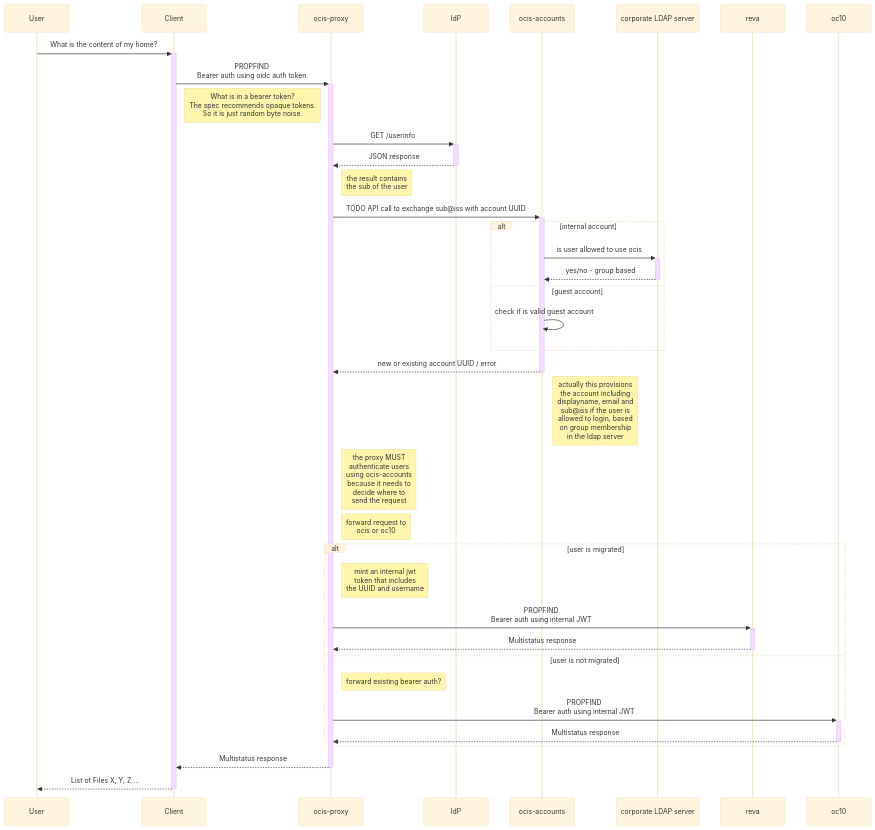
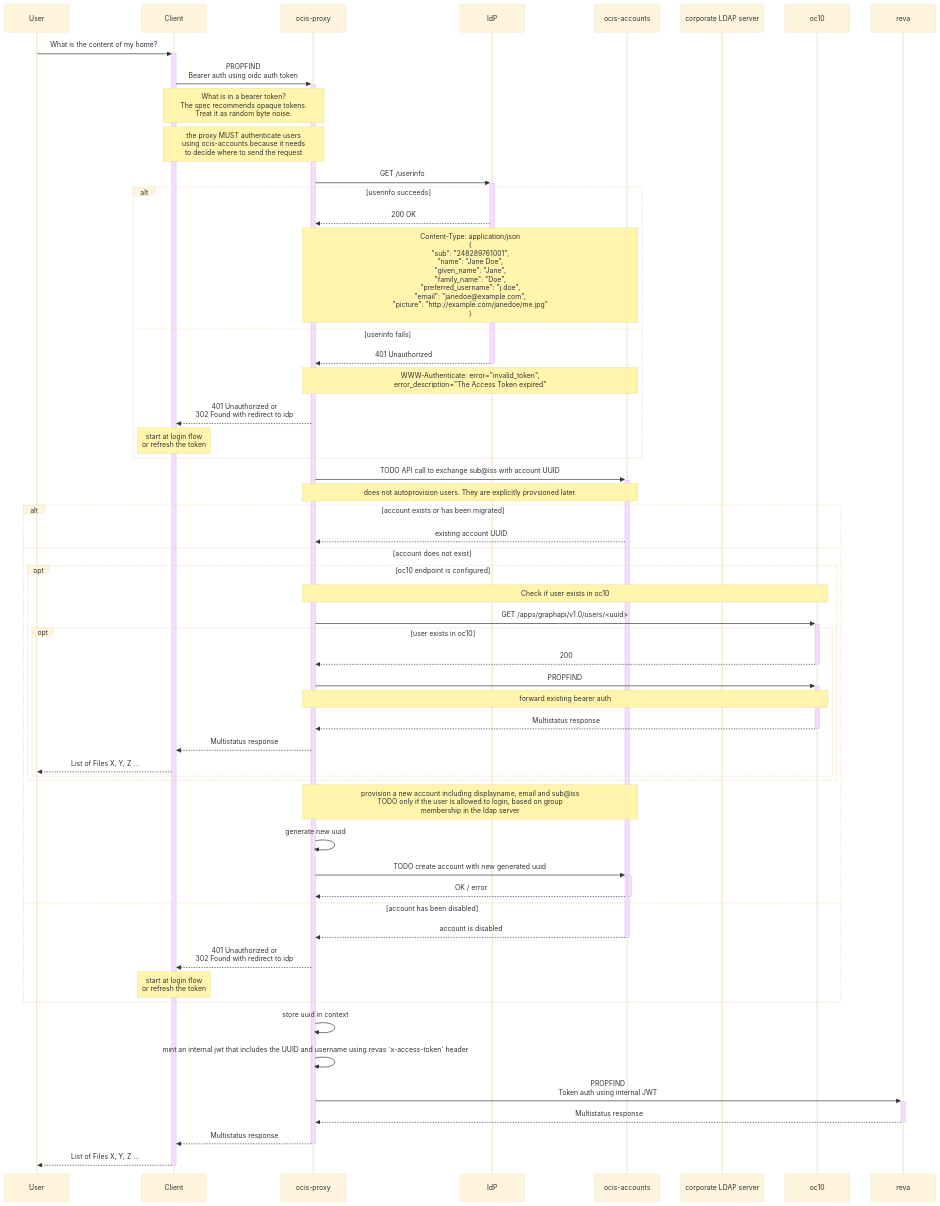
One commit to owncloud/ocis changed the diagram in docs/request-flow.md. Above: the diagram before and after it, drawn with Mermaid (base theme). The commit also changed other lines of this file, not shown here.

Commit message:
update request flow

```diff
--- a/docs/request-flow.md
+++ b/docs/request-flow.md
@@ -15,62 +15,82 @@
 {{< mermaid class="text-center">}}
 sequenceDiagram
     %% we have comments!! \o/
     participant user as User
     participant client as Client
     participant proxy as ocis-proxy
     participant idp as IdP
     participant accounts as ocis-accounts
     participant ldap as corporate LDAP server
 
     user->>+client: What is the content of my home?
 
         client->>+proxy: PROPFIND <br> Bearer auth using oidc auth token
-        Note right of client: What is in a bearer token? <br> The spec recommends opaque tokens. <br> So it is just random byte noise.
+        Note over client,proxy: What is in a bearer token? <br> The spec recommends opaque tokens. <br> Treat it as random byte noise.
+        Note over client,proxy: the proxy MUST authenticate users <br> using ocis-accounts because it needs <br> to decide where to send the request
         %% Mention introspection endpoint for opaque tokens
         %% konnectd uses jwt, so we can save a request
         %% either way the token can be used to look up the sub and iss of the user
 
             %% or is token check enough?
             proxy->>+idp: GET /userinfo
-            idp-->>-proxy: JSON response
-            Note right of proxy: the result contains <br> the sub of the user
-            %% see: https://openid.net/specs/openid-connect-core-1_0.html#UserInfoResponse
+            alt userinfo succeeds
 
-            proxy->>+accounts: TODO API call to exchange sub@iss with account UUID
+                idp-->>proxy:  200 OK
+                Note over proxy,accounts: Content-Type: application/json<br>{<br>"sub": "248289761001",<br>"name": "Jane Doe",<br>"given_name": "Jane",<br>"family_name": "Doe",<br>"preferred_username": "j.doe",<br>"email": "janedoe@example.com",<br>"picture": "http://example.com/janedoe/me.jpg"<br>}
+                %% see: https://openid.net/specs/openid-connect-core-1_0.html#UserInfoResponse
 
-                alt internal account
-                    accounts->>+ldap: is user allowed to use ocis
-                    ldap-->>-accounts: yes/no - group based
-                else guest account
-                    accounts->>accounts: check if is valid guest account
-                end
+            else userinfo fails
 
+                idp-->>-proxy: 401 Unauthorized
+                Note over proxy,accounts: WWW-Authenticate: error="invalid_token",<br>error_description="The Access Token expired"
 
-            accounts-->>-proxy: new or existing account UUID / error
-            Note right of accounts: actually this provisions <br> the account including <br> displayname, email and <br> sub@iss if the user is <br> allowed to login, based <br> on group membership <br> in the ldap server
-
-
-            Note right of proxy: the proxy MUST <br> authenticate users <br> using ocis-accounts <br> because it needs to <br> decide where to <br> send the request
-
-            Note right of proxy: forward request to <br> ocis or oc10
-            %% what if oc10 does not support a certain request / API
-            alt user is migrated
-
-                Note right of proxy: mint an internal jwt <br> token that includes <br> the UUID and username
-                proxy->>+reva: PROPFIND <br> Bearer auth using internal JWT
-                reva-->>-proxy: Multistatus response
-
-            else user is not migrated
-
-                Note right of proxy: forward existing bearer auth?
-                proxy->>+oc10: PROPFIND <br> Bearer auth using internal JWT
-                %% TODO auth using internal token?
-                oc10-->>-proxy: Multistatus response
+        proxy-->>client: 401 Unauthorized or <br>302 Found with redirect to idp
+        Note over client: start at login flow<br> or refresh the token
 
             end
 
+            proxy->>+accounts: TODO API call to exchange sub@iss with account UUID
+            Note over proxy,accounts: does not autoprovision users. They are explicitly provsioned later.
 
+            alt account exists or has been migrated
+
+                accounts-->>proxy: existing account UUID
+            else account does not exist
+
+                opt oc10 endpoint is configured
+                Note over proxy,oc10: Check if user exists in oc10
+                    proxy->>+oc10: GET /apps/graphapi/v1.0/users/<uuid>
+                    opt user exists in oc10
+                        oc10-->>-proxy: 200
+                        %% TODO auth using internal token
+                        proxy->>+oc10: PROPFIND
+                        Note over proxy,oc10: forward existing bearer auth
+                        oc10-->>-proxy: Multistatus response
+            proxy-->>client: Multistatus response
+    client-->>user: List of Files X, Y, Z ...
+                    end
+                end
+
+                Note over proxy,accounts: provision a new account including displayname, email and sub@iss <br> TODO only if the user is allowed to login, based on group <br> membership in the ldap server
+                proxy->>proxy: generate new uuid
+                proxy->>+accounts: TODO create account with new generated uuid
+                accounts-->>-proxy: OK / error
+
+            else account has been disabled
+
+                accounts-->>-proxy: account is disabled
+        proxy-->>client: 401 Unauthorized or <br>302 Found with redirect to idp
+        Note over client: start at login flow<br> or refresh the token
+
+            end
+            proxy->>proxy: store uuid in context
+
+            %% what if oc10 does not support a certain request / API
+
+            proxy->>proxy: mint an internal jwt that includes the UUID and username using revas `x-access-token` header
+            proxy->>+reva: PROPFIND <br>Token auth using internal JWT
+            reva-->>-proxy: Multistatus response
         proxy-->>-client: Multistatus response
 
     client-->>-user: List of Files X, Y, Z ...
 {{< /mermaid >}}
```
